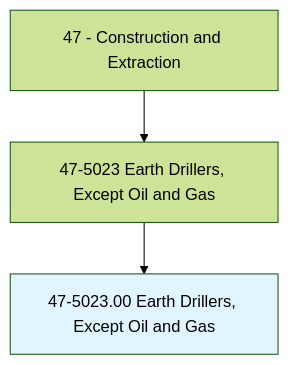
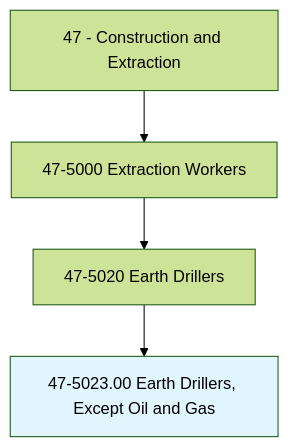
The first of 4 diagrams in occupations/Construction/EarthDrillersExceptOilAndGas.mdx (kziemski/business.org.ai), drawn with Mermaid (forest theme) before and after one commit. The commit also changed other lines of this file and 938 other files, not shown here.

````diff
--- a/occupations/Construction/EarthDrillersExceptOilAndGas.mdx
+++ b/occupations/Construction/EarthDrillersExceptOilAndGas.mdx
@@ -19,6 +23,7 @@
 ```mermaid
 graph TD
-    Cat47["47 - Construction and Extraction"] --> Group475023["47-5023 Earth Drillers, Except Oil and Gas"]
-    Group475023 --> Current["47-5023.00 Earth Drillers, Except Oil and Gas"]
+    Cat47["47 - Construction and Extraction"] --> Group475["47-5000 Extraction Workers"]
+    Group475 --> Group4750["47-5020 Earth Drillers"]
+    Group4750 --> Current["47-5023.00 Earth Drillers, Except Oil and Gas"]
     style Current fill:#e1f5fe
 ```
````
